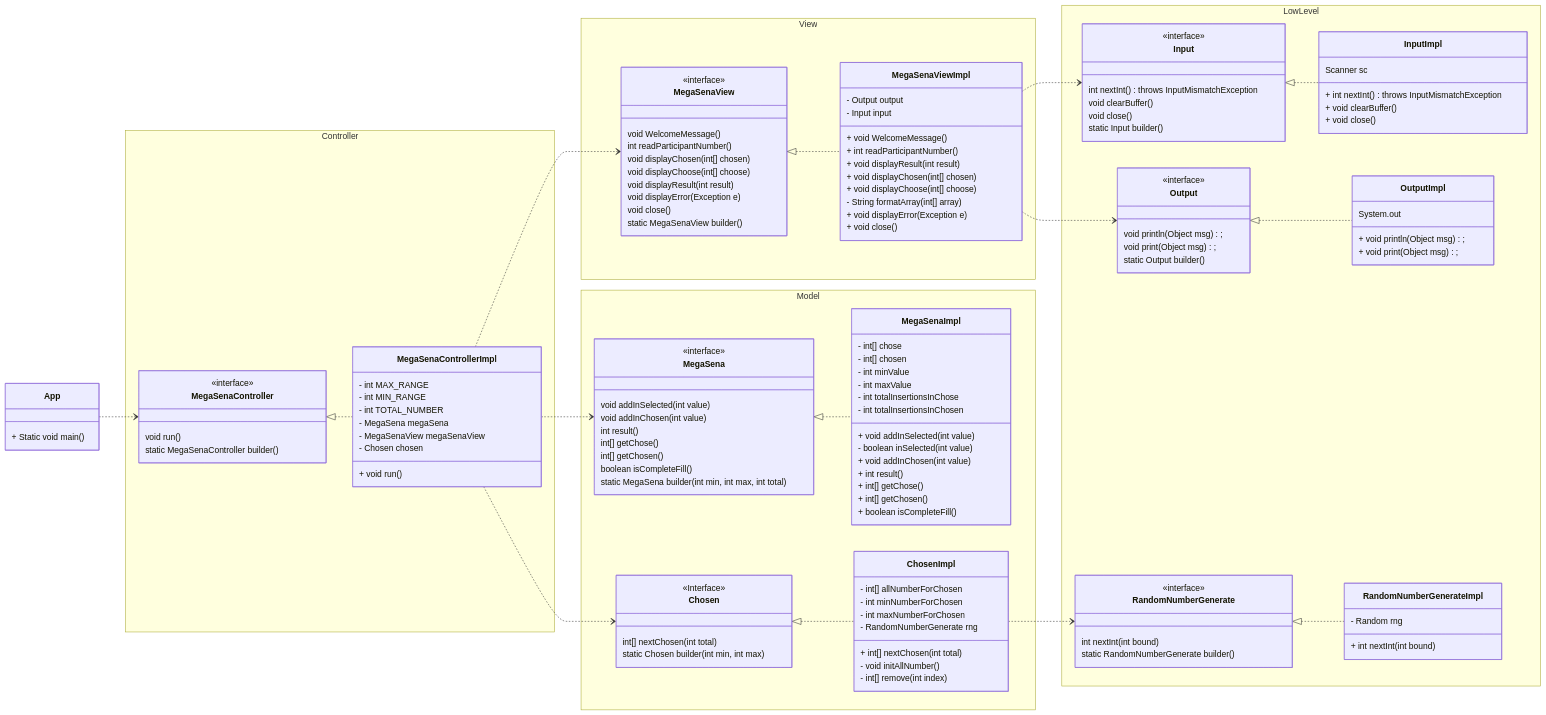
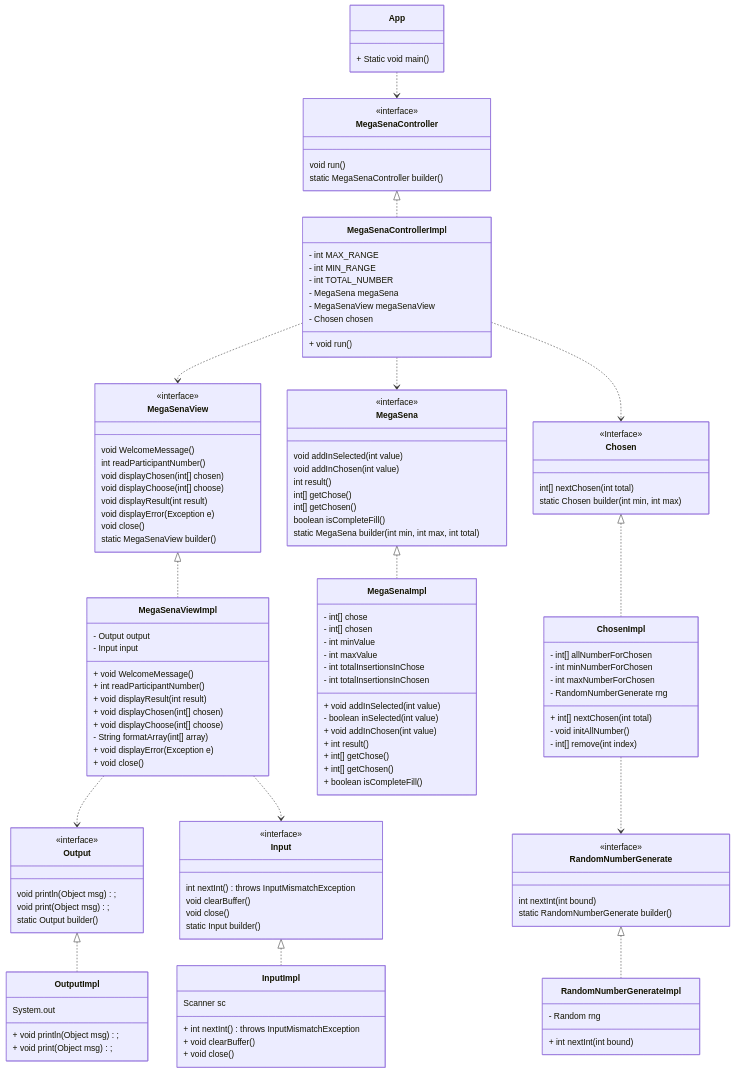
The diagram in Atividades do Vai na Web/MEGA-SENA EM JAVA/README.md (SilvioCavalcantiBonfim/Estudo-Java), drawn with Mermaid before and after one commit.

Commit message:
Corrigir Readme
Corrigir a incompatibilidade dos namespaces do mermaid.

````diff
--- a/Atividades do Vai na Web/MEGA-SENA EM JAVA/README.md
+++ b/Atividades do Vai na Web/MEGA-SENA EM JAVA/README.md
@@ -26,7 +26,6 @@
 ```mermaid
 classDiagram
-    direction LR
-    App ..> MegaSenaController
+     App ..> MegaSenaController
     MegaSenaController <|.. MegaSenaControllerImpl
     MegaSenaControllerImpl ..> MegaSenaView
     MegaSenaView <|.. MegaSenaViewImpl
@@ -45,7 +44,6 @@
         + Static void main()
     }
 
-    namespace Controller {
       class MegaSenaController{
         <<interface>>
         void run()
@@ -61,10 +59,8 @@
 
         + void run()
       }
-    }
 
     
-    namespace View {
       class MegaSenaView{
         <<interface>>
         void WelcomeMessage()
@@ -89,9 +85,6 @@
         + void displayError(Exception e)
         + void close()
       }
-    }
-
-    namespace LowLevel {
 
       class Input {
         <<interface>>
@@ -131,9 +124,7 @@
         - Random rng
         + int nextInt(int bound)
       }
-    }
     
-    namespace Model {
       class MegaSena {
         <<interface>>
         void addInSelected(int value)
@@ -177,5 +168,5 @@
         - void initAllNumber()
         - int[] remove(int index)
       }
-    }
+
 ```
````
